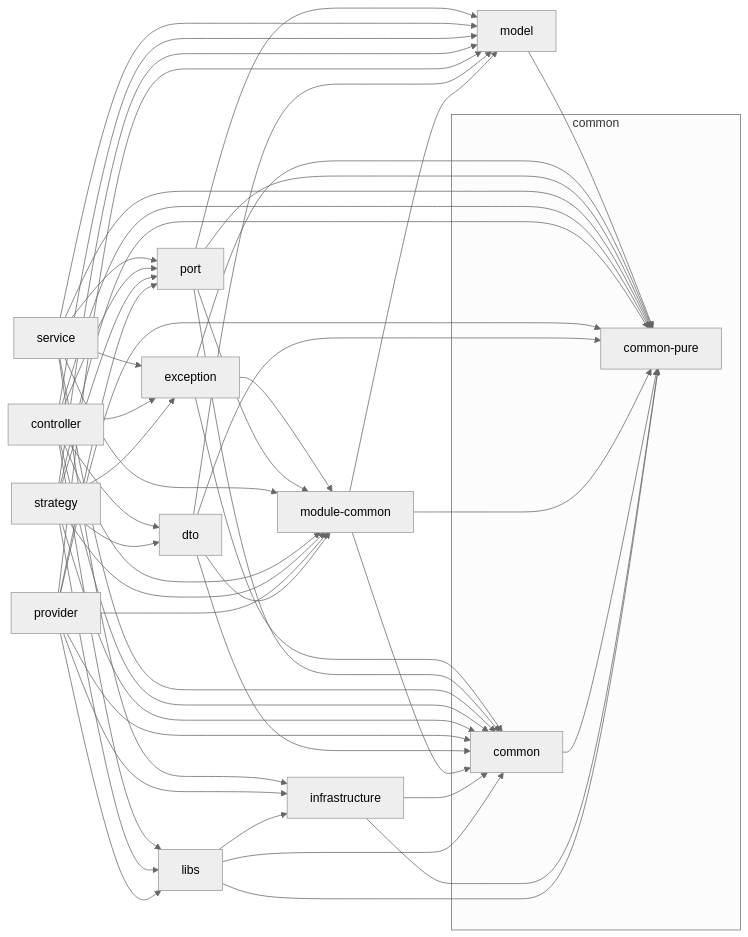
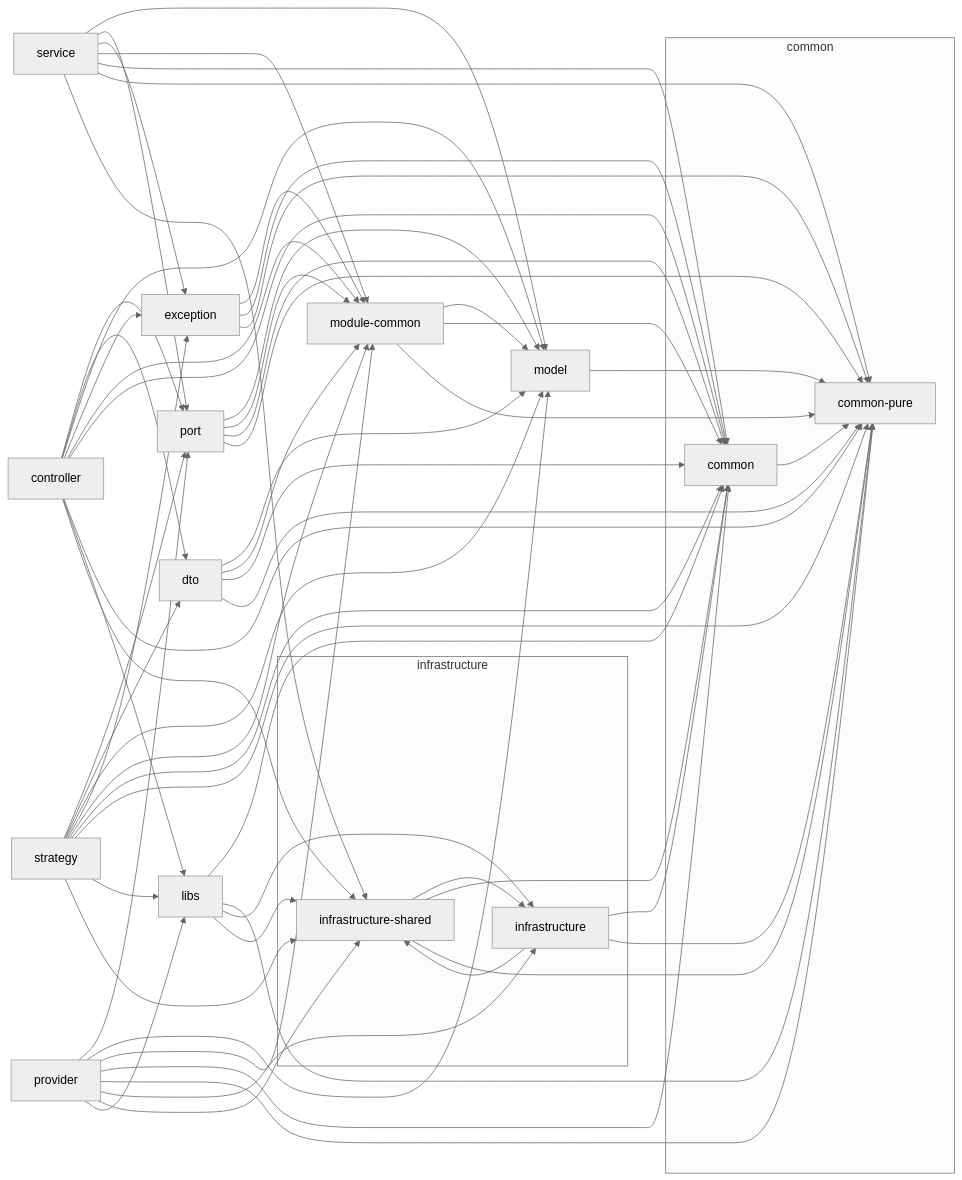
Before and after one commit to JosephNK/kelo: the diagram in rules/nestjs/base/lint-rules-diagram.md, drawn with Mermaid (neutral theme). The commit also changed 9 other files, not shown here.

````diff
--- a/rules/nestjs/base/lint-rules-diagram.md
+++ b/rules/nestjs/base/lint-rules-diagram.md
@@ -10,69 +10,80 @@
 ```mermaid
 graph LR
   subgraph g_common [common]
     common_pure["common-pure"]
     common["common"]
   end
+  subgraph g_infrastructure [infrastructure]
+    infrastructure_shared["infrastructure-shared"]
+    infrastructure["infrastructure"]
+  end
   model["model"]
   exception["exception"]
   module_common["module-common"]
   port["port"]
   service["service"]
-  infrastructure["infrastructure"]
   controller["controller"]
   dto["dto"]
   libs["libs"]
   strategy["strategy"]
   provider["provider"]
   model --> common_pure
   exception --> module_common
   exception --> common
   exception --> common_pure
   port --> model
   port --> module_common
   port --> common
   port --> common_pure
   service --> model
   service --> port
   service --> exception
   service --> module_common
   service --> common
   service --> common_pure
-  service --> infrastructure
+  service --> infrastructure_shared
   controller --> port
   controller --> dto
   controller --> model
   controller --> exception
   controller --> module_common
   controller --> common
   controller --> common_pure
   controller --> libs
+  controller --> infrastructure_shared
   strategy --> port
   strategy --> dto
   strategy --> model
   strategy --> exception
   strategy --> module_common
   strategy --> common
   strategy --> common_pure
   strategy --> libs
+  strategy --> infrastructure_shared
   provider --> port
   provider --> model
   provider --> module_common
   provider --> common
   provider --> common_pure
   provider --> infrastructure
+  provider --> infrastructure_shared
   provider --> libs
   dto --> model
   dto --> module_common
   dto --> common
   dto --> common_pure
   module_common --> model
   module_common --> common
   module_common --> common_pure
   common --> common_pure
+  infrastructure --> infrastructure_shared
   infrastructure --> common
   infrastructure --> common_pure
+  infrastructure_shared --> infrastructure
+  infrastructure_shared --> common
+  infrastructure_shared --> common_pure
   libs --> common
   libs --> common_pure
   libs --> infrastructure
+  libs --> infrastructure_shared
 ```
````
